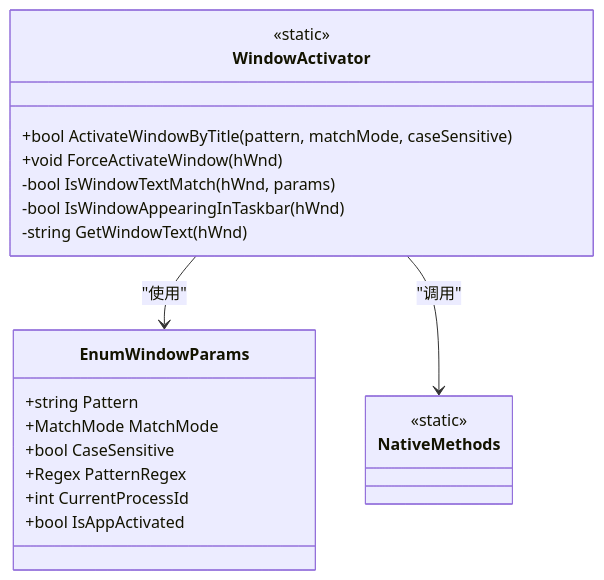
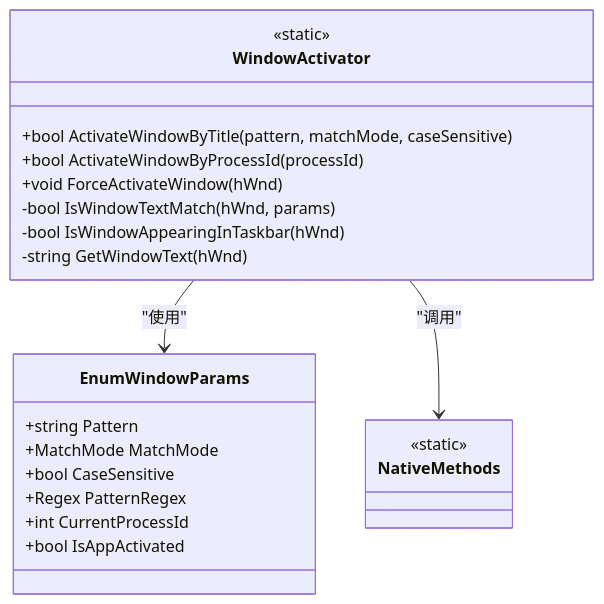
The third of 4 diagrams in .qoder/repowiki/zh/content/开发者指南/工具函数库/窗口激活器.md (tea4go/Macro-Deck-Windows-Utils-Plugin), drawn with Mermaid before and after one commit. The commit also changed other lines of this file and 16 other files, not shown here.

````diff
--- a/.qoder/repowiki/zh/content/开发者指南/工具函数库/窗口激活器.md
+++ b/.qoder/repowiki/zh/content/开发者指南/工具函数库/窗口激活器.md
@@ -199,24 +231,25 @@
 ```mermaid
 classDiagram
 class WindowActivator {
 +bool ActivateWindowByTitle(pattern, matchMode, caseSensitive)
++bool ActivateWindowByProcessId(processId)
 +void ForceActivateWindow(hWnd)
 -bool IsWindowTextMatch(hWnd, params)
 -bool IsWindowAppearingInTaskbar(hWnd)
 -string GetWindowText(hWnd)
 <<static>>
 }
 class EnumWindowParams {
 +string Pattern
 +MatchMode MatchMode
 +bool CaseSensitive
 +Regex PatternRegex
 +int CurrentProcessId
 +bool IsAppActivated
 }
 class NativeMethods {
 <<static>>
 }
 WindowActivator --> EnumWindowParams : "使用"
 WindowActivator --> NativeMethods : "调用"
 ```
````
